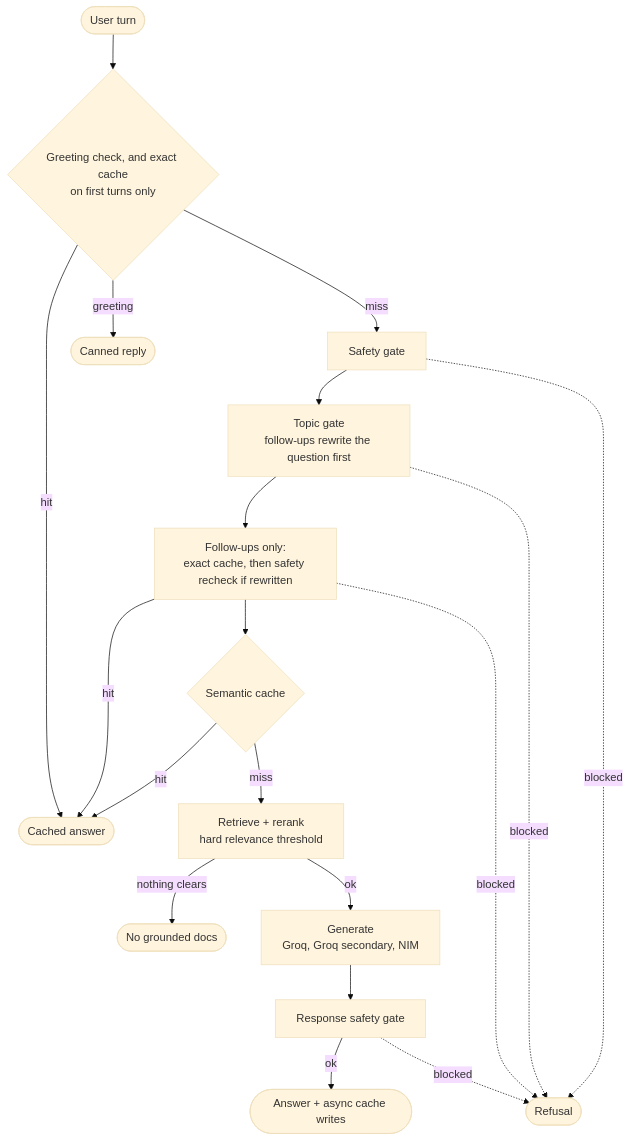
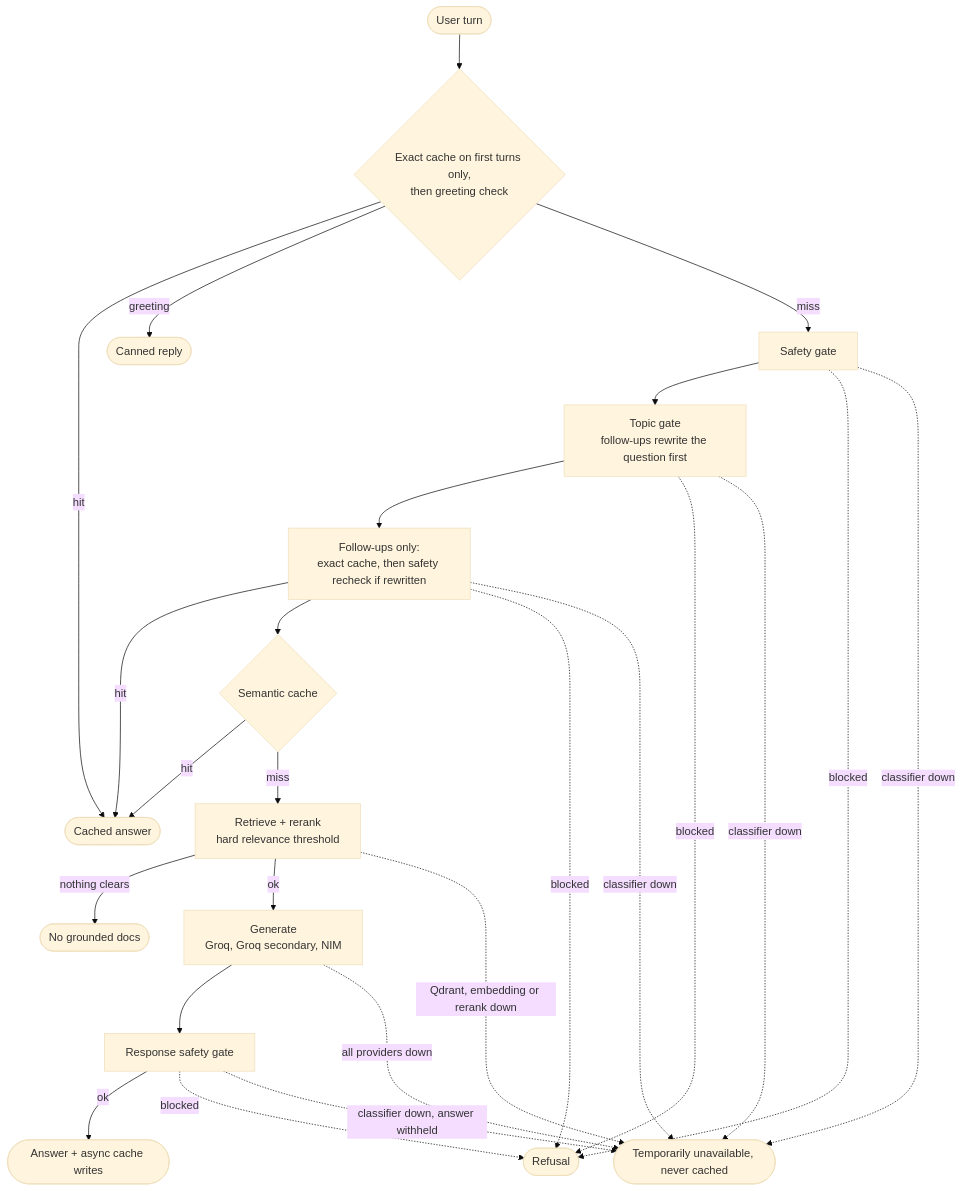
One commit to abhinavharbola/kubernetes-gated-rag changed the diagram in README.md. Above: the diagram before and after it, drawn with Mermaid (base theme). The commit also changed other lines of this file and 2 other files, not shown here.

````diff
--- a/README.md
+++ b/README.md
@@ -28,21 +16,27 @@
 ```mermaid
 flowchart TD
-    Start([User turn]) --> Exact{"Greeting check, and exact cache\non first turns only"}
+    Start([User turn]) --> Exact{"Exact cache on first turns only,\nthen greeting check"}
     Exact -->|hit| Cached([Cached answer])
     Exact -->|greeting| Hello([Canned reply])
     Exact -->|miss| Safety["Safety gate"]
     Safety --> Topic["Topic gate\nfollow-ups rewrite the question first"]
     Topic --> Recheck["Follow-ups only:\nexact cache, then safety recheck if rewritten"]
     Recheck -->|hit| Cached
     Recheck --> Semantic{"Semantic cache"}
     Semantic -->|hit| Cached
     Semantic -->|miss| Retrieve["Retrieve + rerank\nhard relevance threshold"]
     Retrieve -->|nothing clears| NoDocs([No grounded docs])
     Retrieve -->|ok| Generate["Generate\nGroq, Groq secondary, NIM"]
     Generate --> Check["Response safety gate"]
     Check -->|ok| Answer([Answer + async cache writes])
     Safety -.->|blocked| Refusal([Refusal])
     Topic -.->|blocked| Refusal
     Recheck -.->|blocked| Refusal
     Check -.->|blocked| Refusal
+    Safety -.->|classifier down| Unavail(["Temporarily unavailable, never cached"])
+    Topic -.->|classifier down| Unavail
+    Recheck -.->|classifier down| Unavail
+    Retrieve -.->|Qdrant, embedding or rerank down| Unavail
+    Generate -.->|all providers down| Unavail
+    Check -.->|classifier down, answer withheld| Unavail
 ```
````
